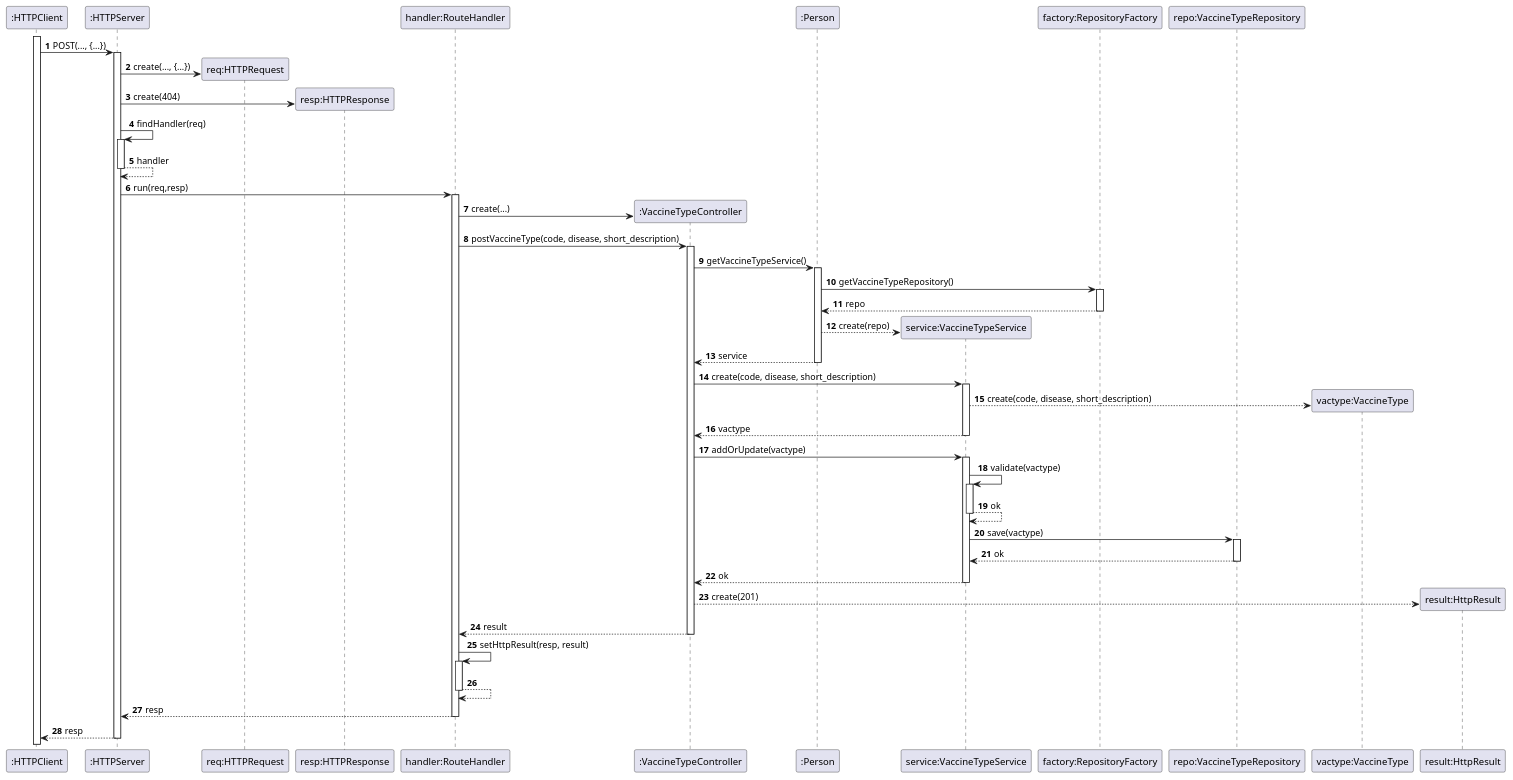
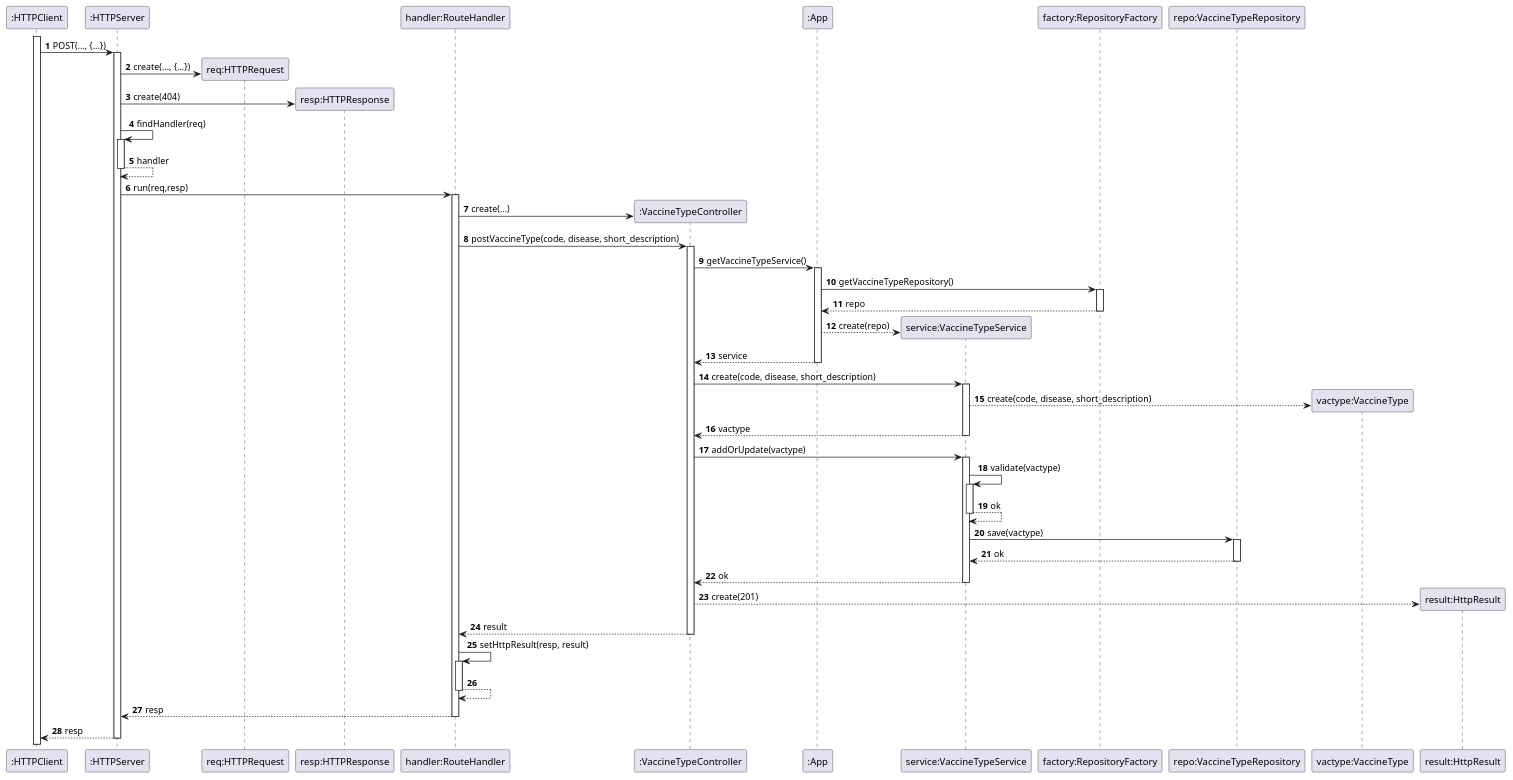
One commit to Parafita123/leti-esoft-25-26-B1 changed the diagram in docs/system-documentation/REST API - VaccineType/puml/SD-RestAPI-CREATE.puml. Above: the diagram before and after it, drawn with PlantUML. The commit also changed 1 other file, not shown here.

Commit message:
Correções. API VaccineType, funcional no Postman

```diff
--- a/docs/system-documentation/REST API - VaccineType/puml/SD-RestAPI-CREATE.puml
+++ b/docs/system-documentation/REST API - VaccineType/puml/SD-RestAPI-CREATE.puml
@@ -1,50 +1,50 @@
 @startuml
 'https://plantuml.com/sequence-diagram
 autoactivate on
 autonumber
 
 participant ":HTTPClient" as HTTPClient
 participant ":HTTPServer" as HTTPServer
 participant "req:HTTPRequest" as HTTPRequest
 participant "resp:HTTPResponse" as HTTPResponse
 participant "handler:RouteHandler" as System
 participant ":VaccineTypeController" as Ctrl
-participant ":Person" as Person
+participant ":App" as App
 participant "service:VaccineTypeService" as Service
 participant "factory:RepositoryFactory" as Factory
 participant "repo:VaccineTypeRepository" as Repo
 participant "vactype:VaccineType" as VaccineType
 participant "result:HttpResult" as Result
 
 activate HTTPClient
 
 HTTPClient -> HTTPServer: POST(..., {...})
 HTTPServer -> HTTPRequest**: create(..., {...})
 HTTPServer -> HTTPResponse**: create(404)
 HTTPServer -> HTTPServer: findHandler(req)
 HTTPServer --> HTTPServer: handler
 HTTPServer -> System: run(req,resp)
 
 System -> Ctrl**: create(...)
 System -> Ctrl: postVaccineType(code, disease, short_description)
-Ctrl -> Person: getVaccineTypeService()
-Person -> Factory : getVaccineTypeRepository()
-Factory --> Person: repo
-Person -->Service**: create(repo)
-Person --> Ctrl: service
+Ctrl -> App: getVaccineTypeService()
+App -> Factory : getVaccineTypeRepository()
+Factory --> App: repo
+App -->Service**: create(repo)
+App --> Ctrl: service
 Ctrl -> Service: create(code, disease, short_description)
 Service --> VaccineType**: create(code, disease, short_description)
 Service --> Ctrl: vactype
 Ctrl -> Service: addOrUpdate(vactype)
 Service -> Service : validate(vactype)
 Service --> Service : ok
 Service -> Repo: save(vactype)
 Repo --> Service : ok
 Service --> Ctrl: ok
 Ctrl --> Result**: create(201)
 Ctrl --> System: result
 System -> System: setHttpResult(resp, result)
 System --> System:
 System --> HTTPServer: resp
 HTTPServer --> HTTPClient: resp
 @enduml
```
